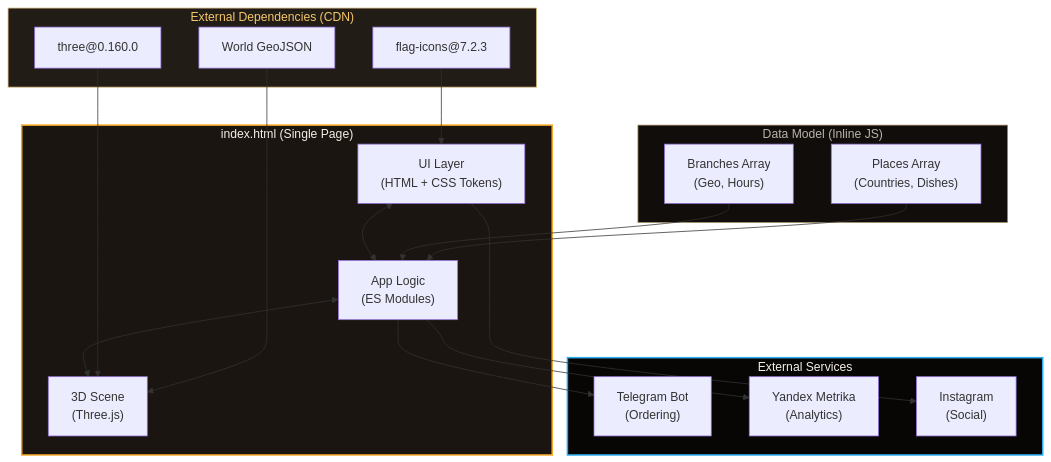
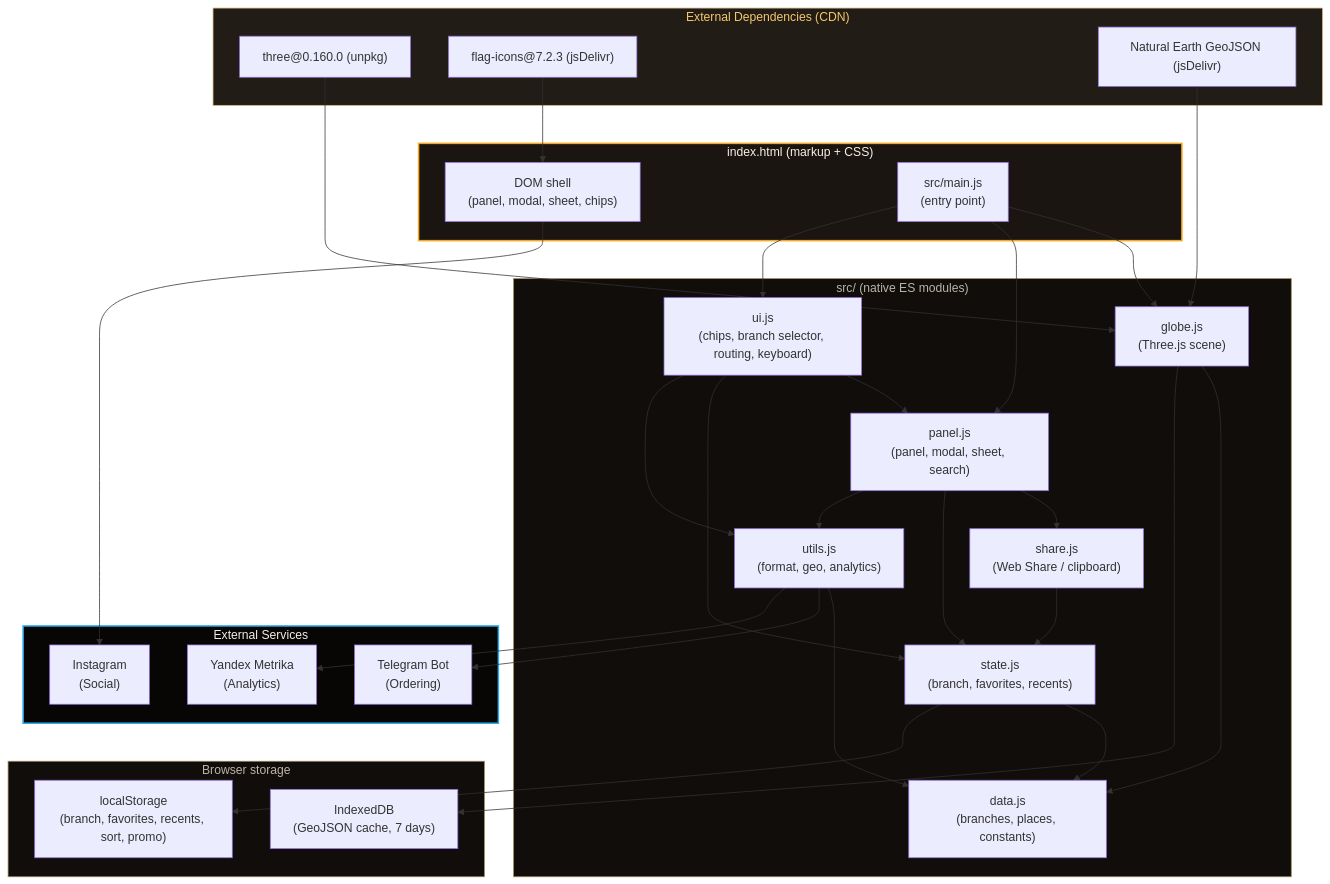
One commit to DEViANCEVxXXxM/embassy_globe changed the diagram in README.md. Above: the diagram before and after it, drawn with Mermaid. The commit also changed other lines of this file, not shown here.

Commit message:
docs: update README.md with project structure and local development instructions

````diff
--- a/README.md
+++ b/README.md
@@ -105,44 +115,64 @@
 ```mermaid
 graph TD
-    subgraph Frontend ["index.html (Single Page)"]
-        UI["UI Layer<br/>(HTML + CSS Tokens)"]
-        Logic["App Logic<br/>(ES Modules)"]
-        Three["3D Scene<br/>(Three.js)"]
-        
-        UI <--> Logic
-        Logic <--> Three
+    subgraph Page ["index.html (markup + CSS)"]
+        UIshell["DOM shell<br/>(panel, modal, sheet, chips)"]
+        Entry["src/main.js<br/>(entry point)"]
     end
 
-    subgraph Data ["Data Model (Inline JS)"]
-        Branches["Branches Array<br/>(Geo, Hours)"]
-        Places["Places Array<br/>(Countries, Dishes)"]
-        
-        Branches --> Logic
-        Places --> Logic
+    subgraph Modules ["src/ (native ES modules)"]
+        UI["ui.js<br/>(chips, branch selector, routing, keyboard)"]
+        Panel["panel.js<br/>(panel, modal, sheet, search)"]
+        Globe["globe.js<br/>(Three.js scene)"]
+        Share["share.js<br/>(Web Share / clipboard)"]
+        State["state.js<br/>(branch, favorites, recents)"]
+        Utils["utils.js<br/>(format, geo, analytics)"]
+        Data["data.js<br/>(branches, places, constants)"]
+
+        Entry --> Globe
+        Entry --> Panel
+        Entry --> UI
+        UI --> Panel
+        Panel --> Share
+        Panel --> State
+        UI --> State
+        Share --> State
+        State --> Data
+        Globe --> Data
+        Panel --> Utils
+        UI --> Utils
+        Utils --> Data
+    end
+
+    subgraph Browser ["Browser storage"]
+        LS["localStorage<br/>(branch, favorites, recents, sort, promo)"]
+        IDB["IndexedDB<br/>(GeoJSON cache, 7 days)"]
+        State --> LS
+        Globe --> IDB
     end
 
     subgraph External ["External Dependencies (CDN)"]
-        ThreeCDN["three@0.160.0"]
-        Flags["flag-icons@7.2.3"]
-        GeoJSON["World GeoJSON"]
-        
-        ThreeCDN --> Three
-        Flags --> UI
-        GeoJSON --> Three
+        ThreeCDN["three@0.160.0 (unpkg)"]
+        Flags["flag-icons@7.2.3 (jsDelivr)"]
+        GeoJSON["Natural Earth GeoJSON (jsDelivr)"]
+
+        ThreeCDN --> Globe
+        Flags --> UIshell
+        GeoJSON --> Globe
     end
 
     subgraph Services ["External Services"]
         TG["Telegram Bot<br/>(Ordering)"]
         Metrika["Yandex Metrika<br/>(Analytics)"]
         Insta["Instagram<br/>(Social)"]
-        
-        Logic --> TG
-        Logic --> Metrika
-        UI --> Insta
+
+        Utils --> TG
+        Utils --> Metrika
+        UIshell --> Insta
     end
 
-    style Frontend fill:#1a1510,stroke:#f5a623,stroke-width:2px,color:#f5efe6
-    style Data fill:#100d0a,stroke:#a08a60,stroke-width:1px,color:#bcb4aa
+    style Page fill:#1a1510,stroke:#f5a623,stroke-width:2px,color:#f5efe6
+    style Modules fill:#100d0a,stroke:#a08a60,stroke-width:1px,color:#bcb4aa
+    style Browser fill:#100d0a,stroke:#a08a60,stroke-width:1px,color:#bcb4aa
     style External fill:#221c16,stroke:#d4b47a,stroke-width:1px,color:#f5c76a
     style Services fill:#070605,stroke:#2AABEE,stroke-width:2px,color:#f5efe6
-  ```
+```
````
